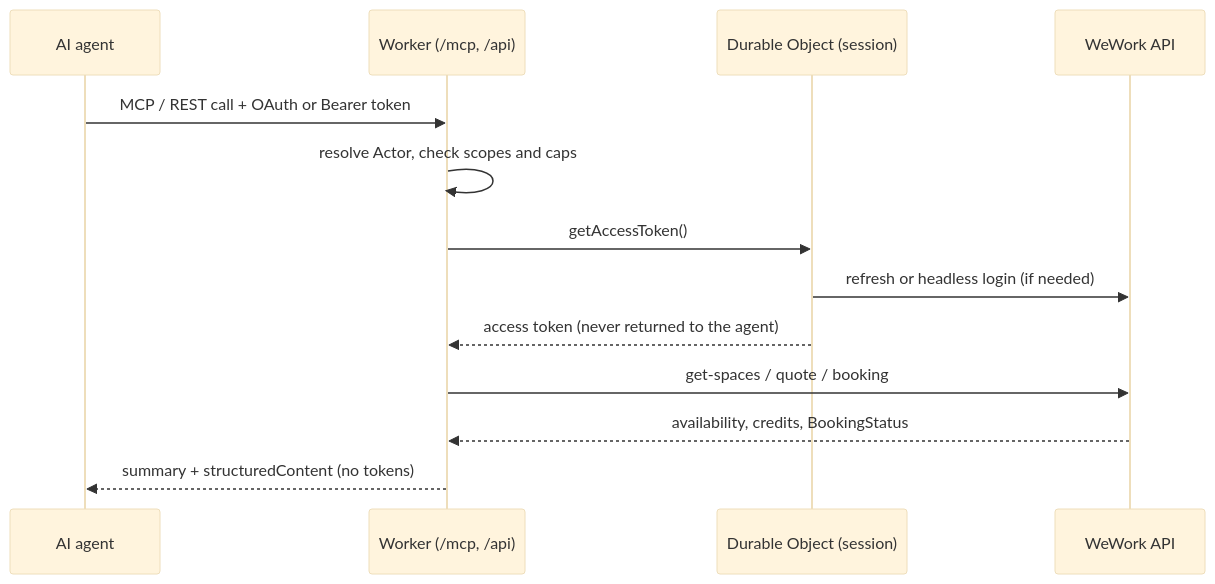
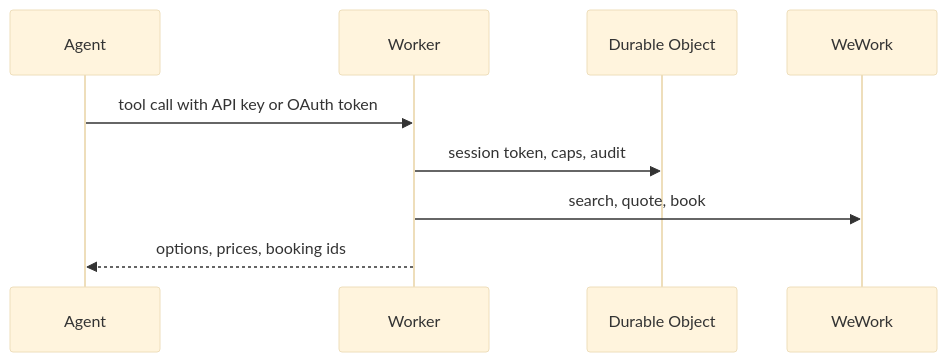
The diagram in README.md (jitpal/weworking), drawn with Mermaid (base theme) before and after one commit. The commit also changed other lines of this file, not shown here.

Commit message:
docs: rewrite README around the All Access use case, deploy button, safety first

````diff
--- a/README.md
+++ b/README.md
@@ -17,15 +52,11 @@
 ```mermaid
 sequenceDiagram
-    participant A as AI agent
-    participant W as Worker (/mcp, /api)
-    participant D as Durable Object (session)
-    participant X as WeWork API
-    A->>W: MCP / REST call + OAuth or Bearer token
-    W->>W: resolve Actor, check scopes and caps
-    W->>D: getAccessToken()
-    D->>X: refresh or headless login (if needed)
-    D-->>W: access token (never returned to the agent)
-    W->>X: get-spaces / quote / booking
-    X-->>W: availability, credits, BookingStatus
-    W-->>A: summary + structuredContent (no tokens)
+    participant A as Agent
+    participant W as Worker
+    participant D as Durable Object
+    participant X as WeWork
+    A->>W: tool call with API key or OAuth token
+    W->>D: session token, caps, audit
+    W->>X: search, quote, book
+    W-->>A: options, prices, booking ids
 ```
````
